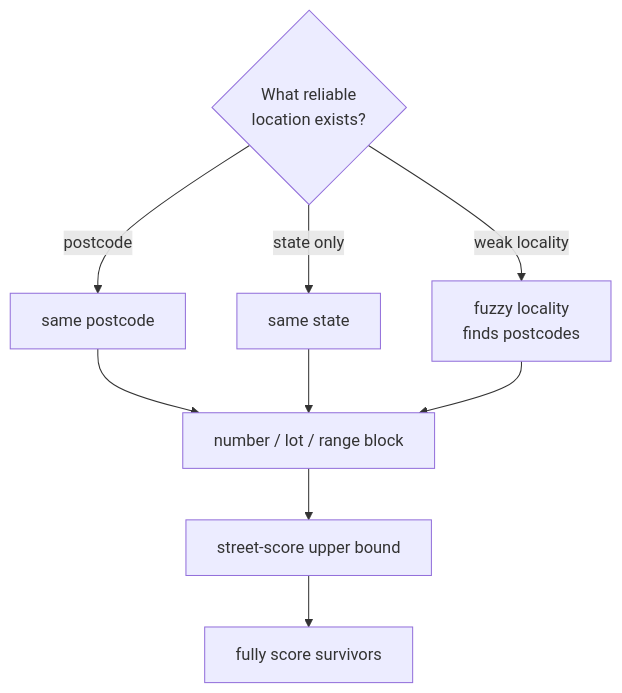
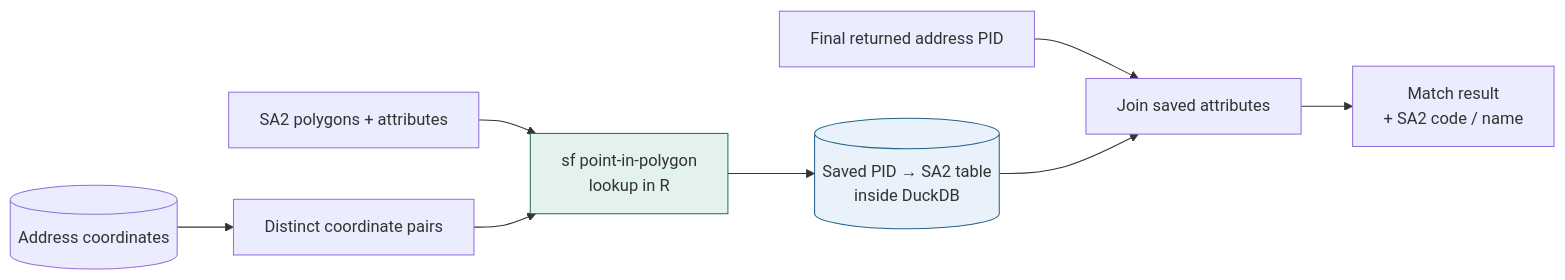
The fifth of 5 diagrams in slides/gnafr-overview.qmd (KyleHaynes/gnafr), drawn with Mermaid before and after one commit. The commit also changed other lines of this file and 38 other files, not shown here.

````diff
--- a/slides/gnafr-overview.qmd
+++ b/slides/gnafr-overview.qmd
@@ -351,13 +777,16 @@
 ```{mermaid}
-%%| fig-height: 4.5
-flowchart TB
-  A{"What reliable<br/>location exists?"}
-  A -->|postcode| B["same postcode"]
-  A -->|state only| C["same state"]
-  A -->|weak locality| D["fuzzy locality<br/>finds postcodes"]
-  B --> E["number / lot / range block"]
-  C --> E
-  D --> E
-  E --> F["street-score upper bound"]
-  F --> G["fully score survivors"]
+%%| eval: true
+%%| echo: false
+%%| fig-height: 3.8
+%%| fig-width: 13
+%%{init: {'flowchart': {'htmlLabels': false}}}%%
+flowchart LR
+  A[("Address coordinates")] --> B["Distinct coordinate pairs"]
+  P["SA2 polygons + attributes"] --> C["sf point-in-polygon<br/>lookup in R"]
+  B --> C
+  C --> D[("Saved PID → SA2 table<br/>inside DuckDB")]
+  M["Final returned address PID"] --> J["Join saved attributes"]
+  D --> J --> R["Match result<br/>+ SA2 code / name"]
+  style C fill:#e3f2ef,stroke:#21705b
+  style D fill:#e9f2fa,stroke:#236188
 ```
````
